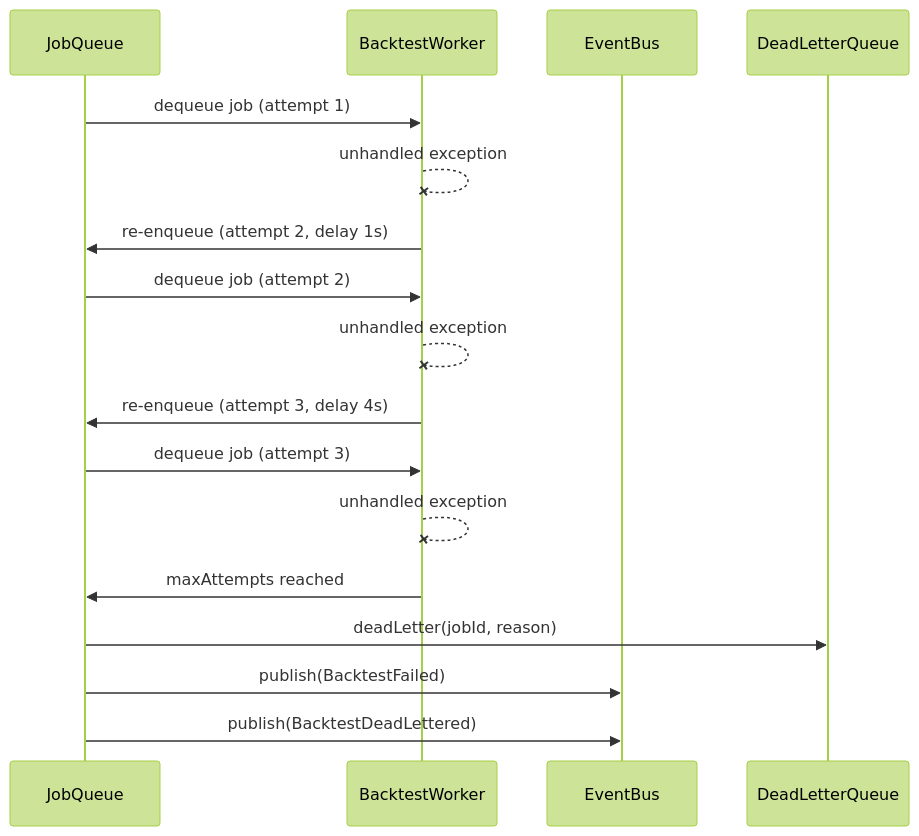
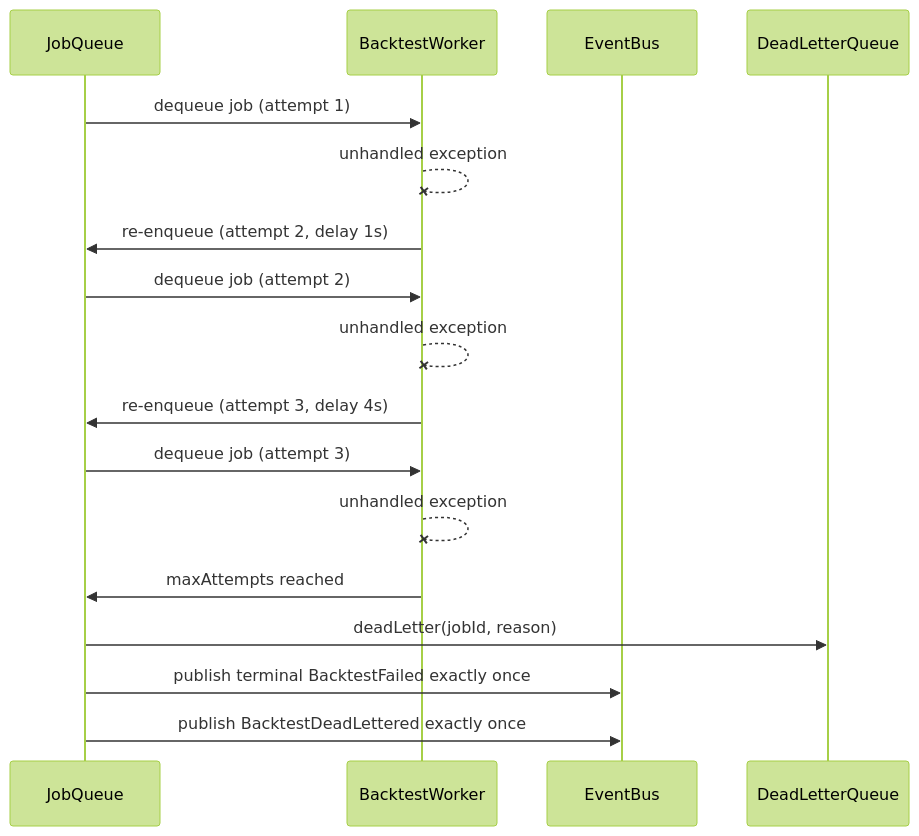
One commit to Hoang105205/Crypto-Strategy-Lab changed the third of 4 diagrams in kb/modules/event-infrastructure.md. Above: the diagram before and after it, drawn with Mermaid (forest theme). The commit also changed other lines of this file and 7 other files, not shown here.

````diff
--- a/kb/modules/event-infrastructure.md
+++ b/kb/modules/event-infrastructure.md
@@ -201,20 +204,20 @@
 ```mermaid
 sequenceDiagram
     participant JQ as JobQueue
     participant W as BacktestWorker
     participant EB as EventBus
     participant DLQ as DeadLetterQueue
 
     JQ->>W: dequeue job (attempt 1)
     W--xW: unhandled exception
     W->>JQ: re-enqueue (attempt 2, delay 1s)
     JQ->>W: dequeue job (attempt 2)
     W--xW: unhandled exception
     W->>JQ: re-enqueue (attempt 3, delay 4s)
     JQ->>W: dequeue job (attempt 3)
     W--xW: unhandled exception
     W->>JQ: maxAttempts reached
     JQ->>DLQ: deadLetter(jobId, reason)
-    JQ->>EB: publish(BacktestFailed)
-    JQ->>EB: publish(BacktestDeadLettered)
+    JQ->>EB: publish terminal BacktestFailed exactly once
+    JQ->>EB: publish BacktestDeadLettered exactly once
 ```
````
